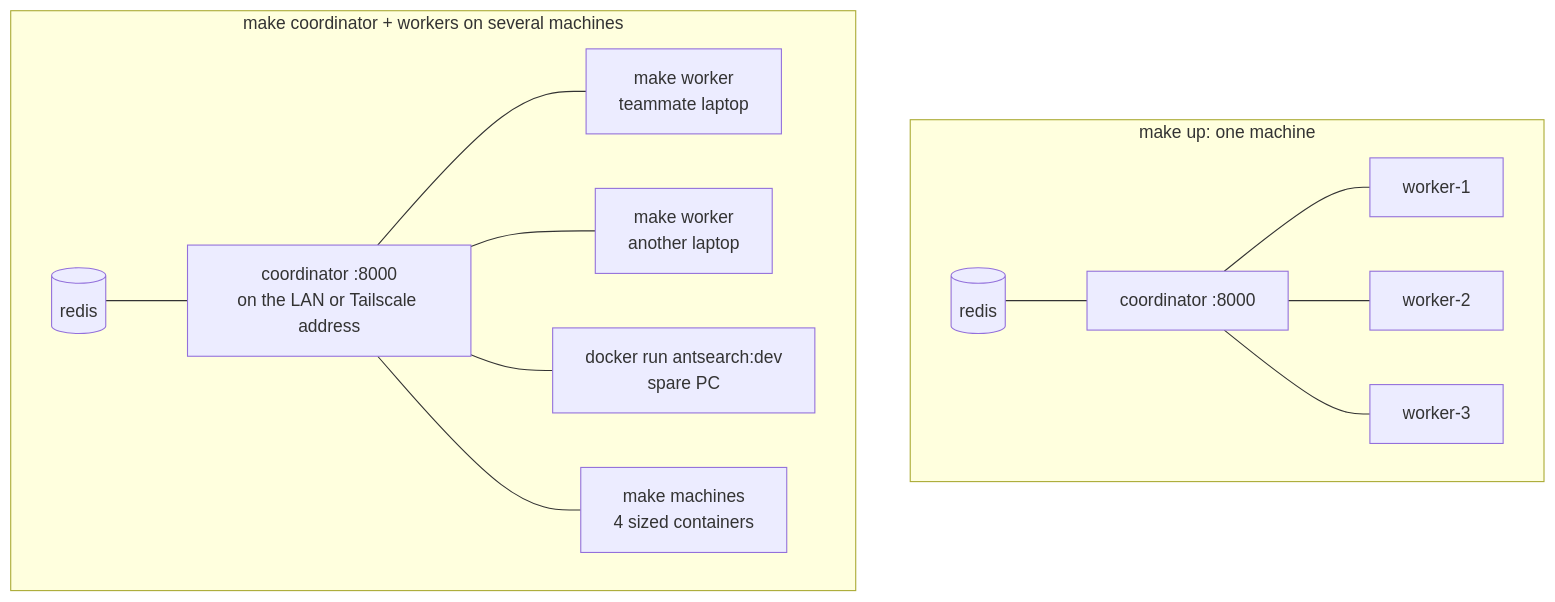
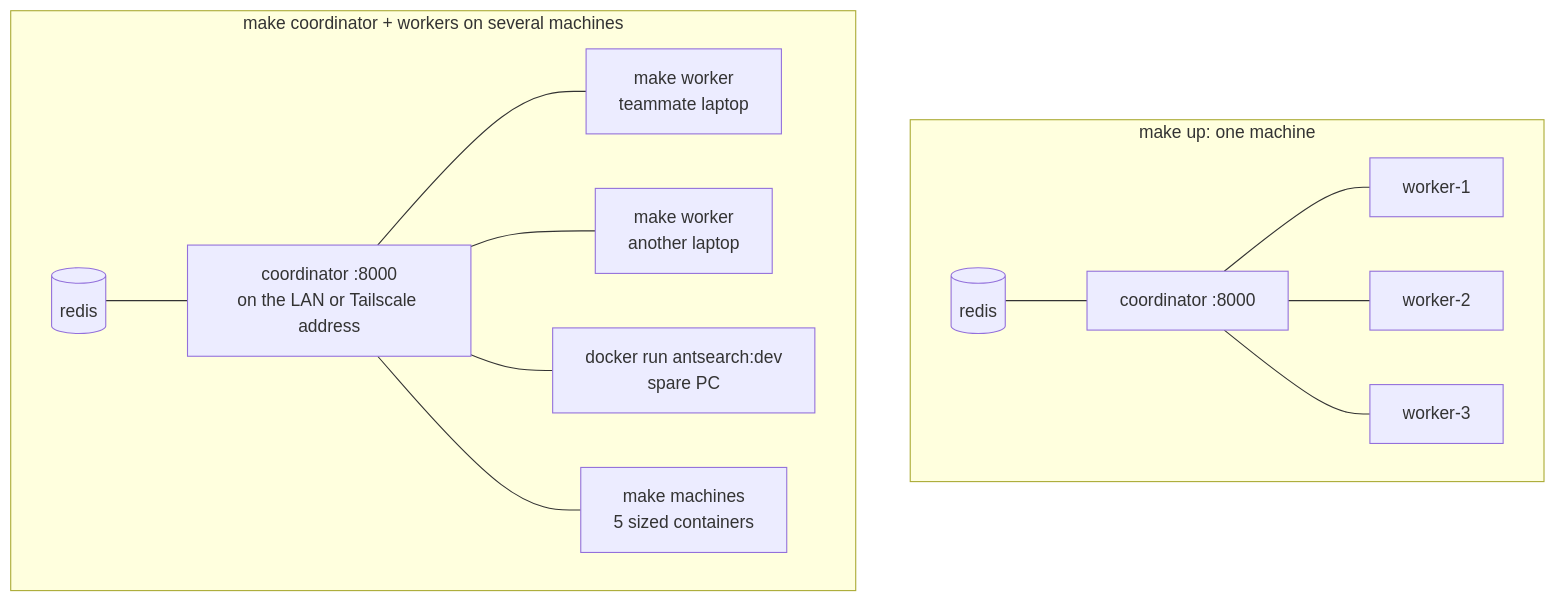
Before and after one commit to brooke006/AntSearch: the third of 3 diagrams in docs/architecture.md, drawn with Mermaid. The commit also changed other lines of this file and 3 other files, not shown here.

Commit message:
add a slower potato worker to make machines

````diff
--- a/docs/architecture.md
+++ b/docs/architecture.md
@@ -136,19 +136,19 @@
 ```mermaid
 flowchart TB
     subgraph local["make up: one machine"]
         direction LR
         r1[("redis")] --- c1["coordinator :8000"]
         c1 --- w1["worker-1"]
         c1 --- w2["worker-2"]
         c1 --- w3["worker-3"]
     end
 
     subgraph multi["make coordinator + workers on several machines"]
         direction LR
         r2[("redis")] --- c2["coordinator :8000<br/>on the LAN or Tailscale address"]
         c2 --- n1["make worker<br/>teammate laptop"]
         c2 --- n2["make worker<br/>another laptop"]
         c2 --- d1["docker run antsearch:dev<br/>spare PC"]
-        c2 --- m1["make machines<br/>4 sized containers"]
+        c2 --- m1["make machines<br/>5 sized containers"]
     end
 ```
````
